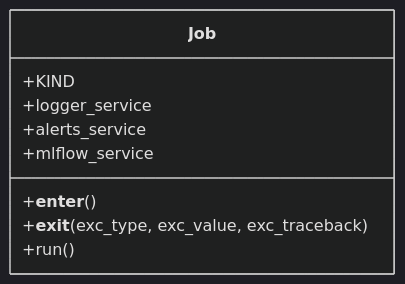
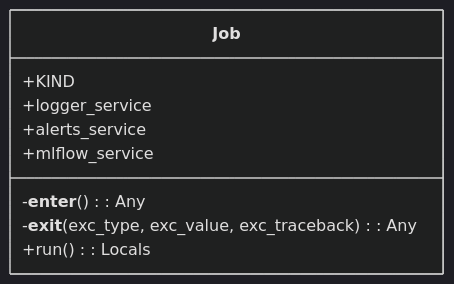
The first of 2 diagrams in wiki/base.md (lgcorzo/mlops-python-package), drawn with Mermaid (dark theme) before and after one commit. The commit also changed other lines of this file and 31 other files, not shown here.

````diff
--- a/wiki/base.md
+++ b/wiki/base.md
@@ -16,12 +16,12 @@
 ```mermaid
 classDiagram
     class Job {
         +KIND
         +logger_service
         +alerts_service
         +mlflow_service
-        +__enter__()
-        +__exit__(exc_type, exc_value, exc_traceback)
-        +run()
+        -__enter__() : Any
+        -__exit__(exc_type, exc_value, exc_traceback) : Any
+        +run() : Locals
     }
 ```
````
